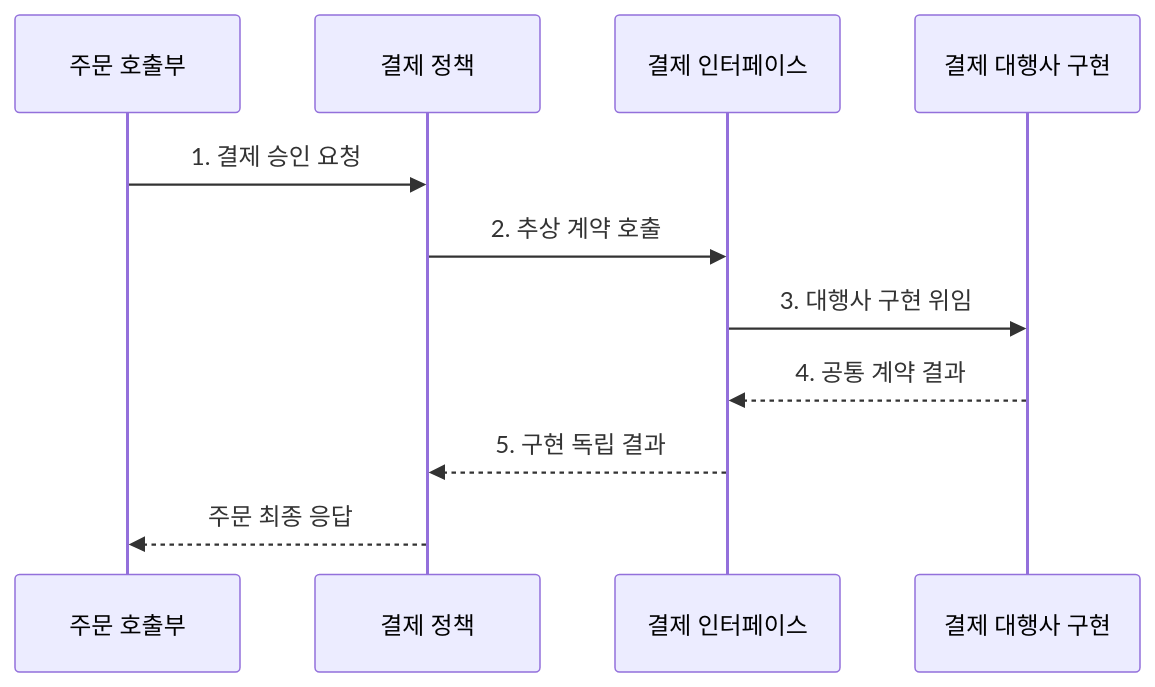
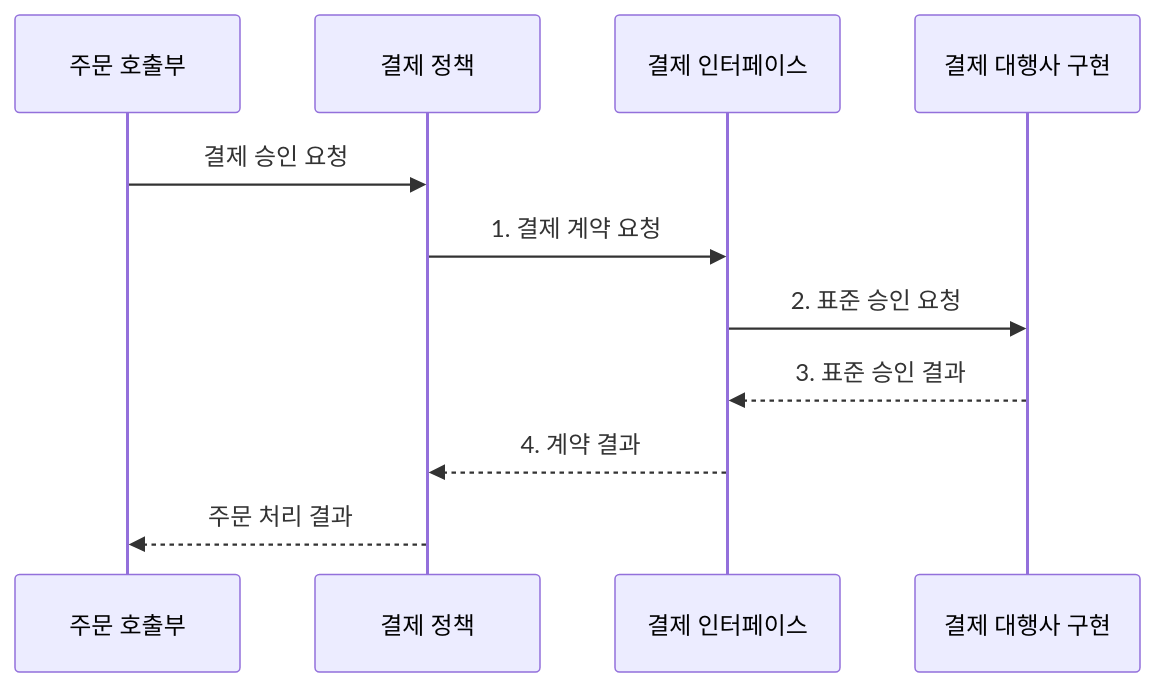
The second of 2 diagrams in src/content/docs/notes/03-software/046_solid_principles.md (agnusdei1207/knowledge-base), drawn with Mermaid before and after one commit. The commit also changed other lines of this file and 20 other files, not shown here.

````diff
--- a/src/content/docs/notes/03-software/046_solid_principles.md
+++ b/src/content/docs/notes/03-software/046_solid_principles.md
@@ -84,14 +84,14 @@
 ```mermaid
 sequenceDiagram
     participant C as 주문 호출부
     participant P as 결제 정책
     participant I as 결제 인터페이스
     participant A as 결제 대행사 구현
 
-    C->>P: 1. 결제 승인 요청
-    P->>I: 2. 추상 계약 호출
-    I->>A: 3. 대행사 구현 위임
-    A-->>I: 4. 공통 계약 결과
-    I-->>P: 5. 구현 독립 결과
-    P-->>C: 주문 최종 응답
+    C->>P: 결제 승인 요청
+    P->>I: 1. 결제 계약 요청
+    I->>A: 2. 표준 승인 요청
+    A-->>I: 3. 표준 승인 결과
+    I-->>P: 4. 계약 결과
+    P-->>C: 주문 처리 결과
 ```
````
